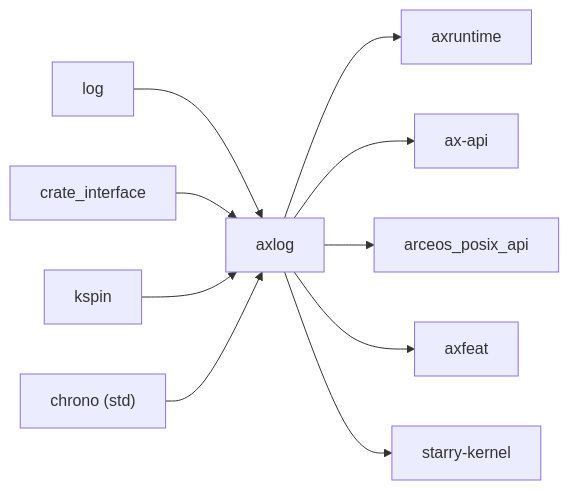
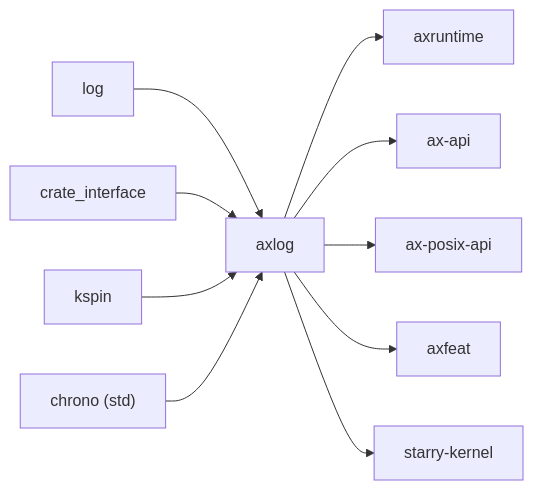
One commit to zKurisu/tgoskits changed the second of 2 diagrams in docs/crates/axlog.md. Above: the diagram before and after it, drawn with Mermaid. The commit also changed other lines of this file and 39 other files, not shown here.

Commit message:
rename arceos_posix_api to ax-posix-api

````diff
--- a/docs/crates/axlog.md
+++ b/docs/crates/axlog.md
@@ -78,13 +78,13 @@
 ```mermaid
 graph LR
     log["log"] --> axlog["axlog"]
     crate_interface["crate_interface"] --> axlog
     kspin["kspin"] --> axlog
     chrono["chrono (std)"] --> axlog
 
     axlog --> axruntime["axruntime"]
     axlog --> ax-api["ax-api"]
-    axlog --> arceos_posix["arceos_posix_api"]
+    axlog --> arceos_posix["ax-posix-api"]
     axlog --> axfeat["axfeat"]
     axlog --> starry_kernel["starry-kernel"]
 ```
````
